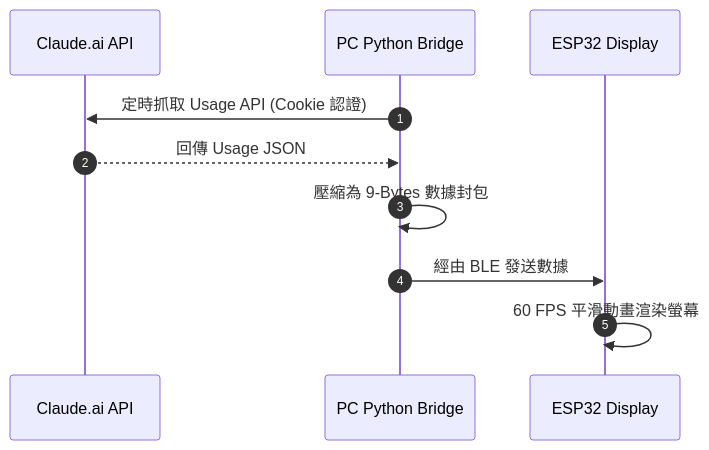
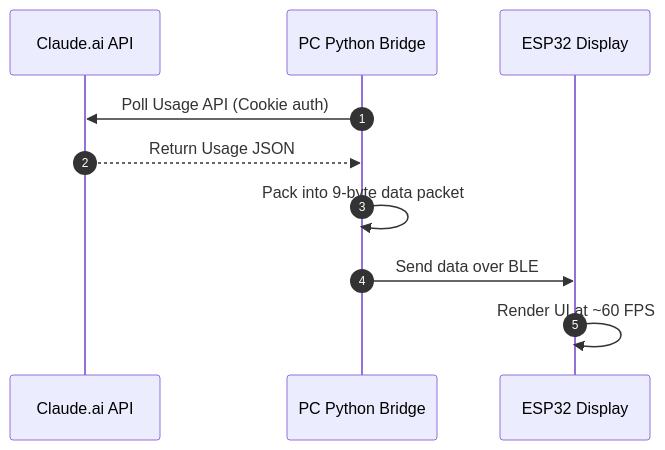
One commit to stingch/ClaudeMeter changed the diagram in README.md. Above: the diagram before and after it, drawn with Mermaid. The commit also changed other lines of this file and 1 other file, not shown here.

````diff
--- a/README.md
+++ b/README.md
@@ -53,13 +85,13 @@
 ```mermaid
 sequenceDiagram
     autonumber
     participant Claude as Claude.ai API
     participant PC as PC Python Bridge
     participant ESP32 as ESP32 Display
 
-    PC->>Claude: 定時抓取 Usage API (Cookie 認證)
-    Claude-->>PC: 回傳 Usage JSON
-    PC->>PC: 壓縮為 9-Bytes 數據封包
-    PC->>ESP32: 經由 BLE 發送數據
-    ESP32->>ESP32: 60 FPS 平滑動畫渲染螢幕
+    PC->>Claude: Poll Usage API (Cookie auth)
+    Claude-->>PC: Return Usage JSON
+    PC->>PC: Pack into 9-byte data packet
+    PC->>ESP32: Send data over BLE
+    ESP32->>ESP32: Render UI at ~60 FPS
 ```
````
